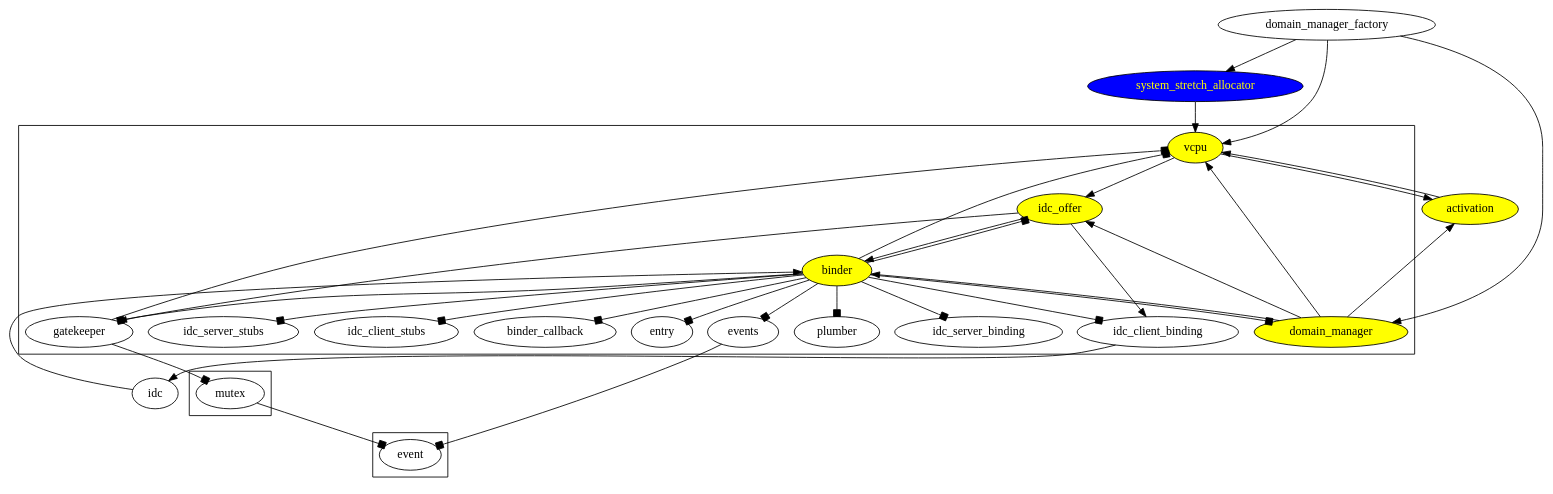
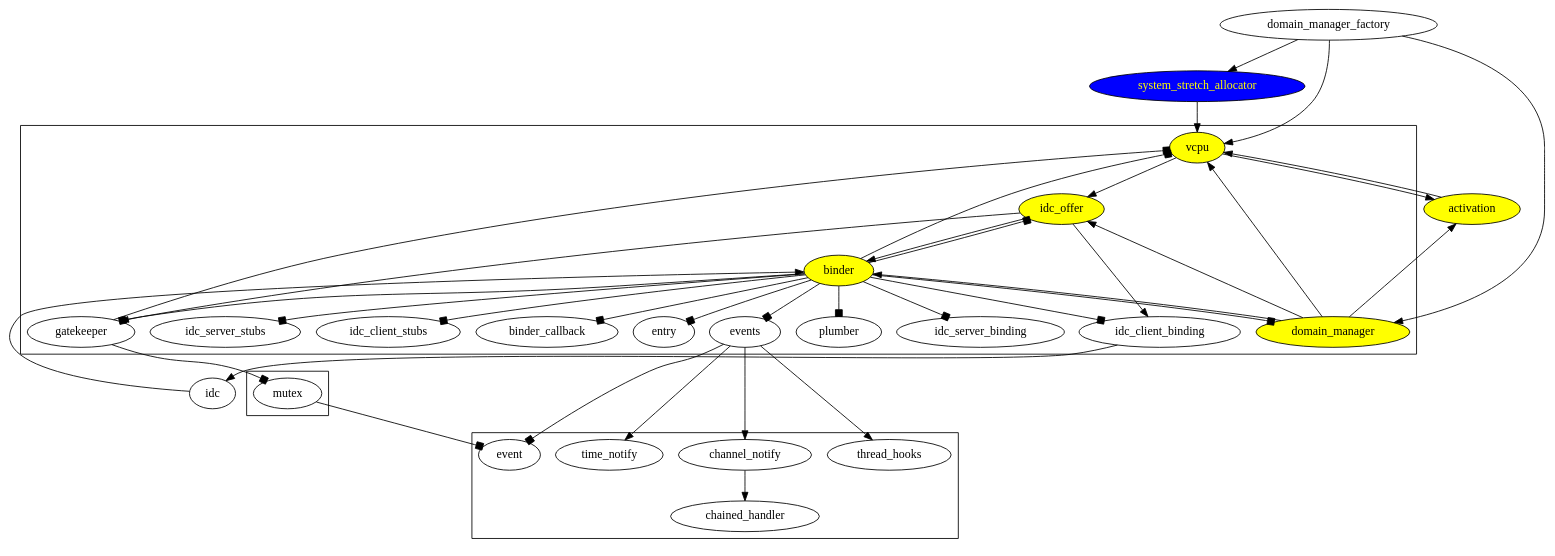
One commit to metta-systems/metta changed the diagram in docs/needs_boot.dot. Above: the diagram before and after it, drawn with Graphviz. The commit also changed 3 other files, not shown here.

```diff
--- a/docs/needs_boot.dot
+++ b/docs/needs_boot.dot
@@ -1,52 +1,56 @@
 digraph {
 	vcpu [style=filled,fillcolor=yellow,color=black,fontcolor=black];
 	domain_manager [style=filled,fillcolor=yellow,color=black,fontcolor=black];
 	binder [style=filled,fillcolor=yellow,color=black,fontcolor=black];
 	idc_offer [style=filled,fillcolor=yellow,color=black,fontcolor=black];
 	activation [style=filled,fillcolor=yellow,color=black,fontcolor=black];
 	system_stretch_allocator [style=filled,fillcolor=blue,color=black,fontcolor=yellow];
 
 # Interface dependencies
 	activation -> vcpu;
 	domain_manager -> activation;
 	domain_manager -> vcpu;
 	domain_manager -> idc_offer;
 	domain_manager -> binder;
 	domain_manager_factory -> system_stretch_allocator;
 	domain_manager_factory -> domain_manager;
 	domain_manager_factory -> vcpu;
 	idc -> binder;
 	idc_client_binding -> idc;
 	idc_offer -> binder;
 	idc_offer -> idc_client_binding;
 	idc_offer -> gatekeeper;
 	system_stretch_allocator -> vcpu;
 	vcpu -> activation;
 	vcpu -> idc_offer;
 
 # Implementation dependencies (arrowhead = box)
 	subgraph cluster_binder_impl {
 		binder -> vcpu [arrowhead=box];
 		binder -> plumber [arrowhead=box];
 		binder -> idc_offer [arrowhead=box];
 		binder -> idc_client_binding [arrowhead=box];
 		binder -> idc_server_binding [arrowhead=box];
 		binder -> idc_server_stubs [arrowhead=box];
 		binder -> idc_client_stubs [arrowhead=box];
 		binder -> events [arrowhead=box];
 		binder -> binder_callback [arrowhead=box];
 		binder -> domain_manager [arrowhead=box];
 		binder -> gatekeeper [arrowhead=box];
 		binder -> entry [arrowhead=box];
 	}
 
 	subgraph cluster_gatekeeper_impl {
 		gatekeeper -> vcpu [arrowhead=box];
 		gatekeeper -> mutex [arrowhead=box];
 	}
 
 	subgraph cluster_event_impl {
 		events -> event [arrowhead=box];
 		mutex -> event [arrowhead=box];
+		events -> thread_hooks;
+		events -> time_notify;
+		events -> channel_notify;
+		channel_notify -> chained_handler;
 	}
 }
```
